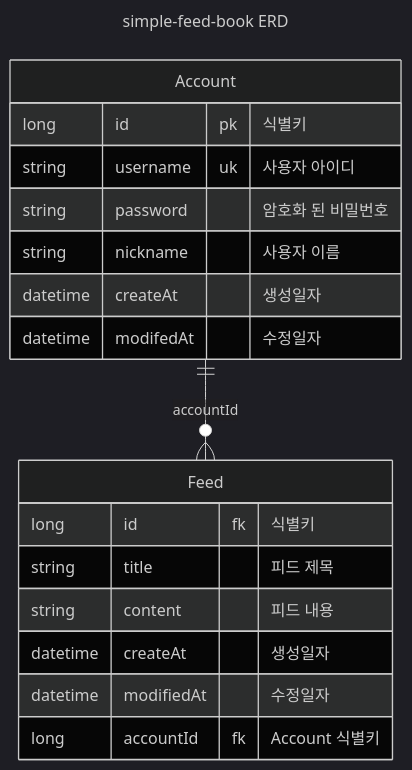
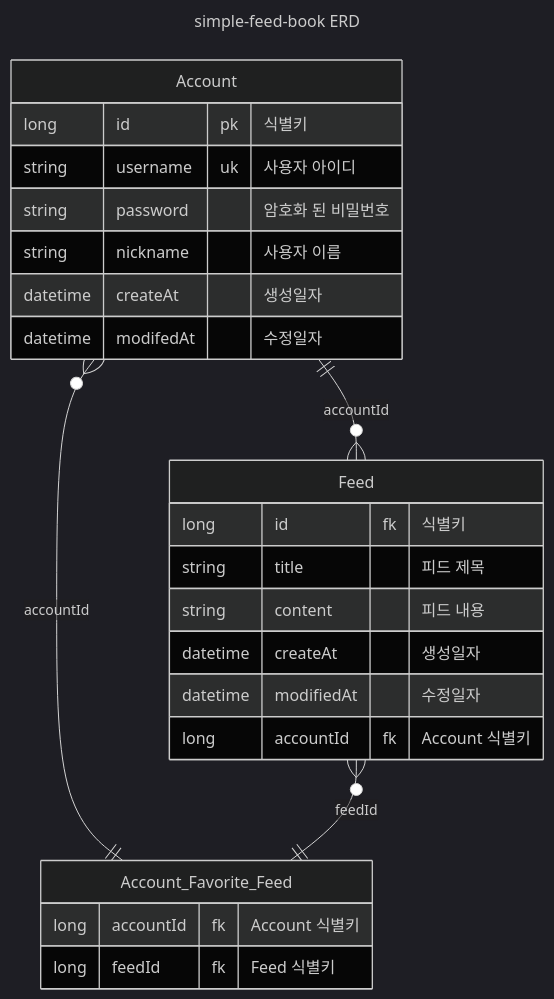
Before and after one commit to GuardJo/simple-feed-book: the tenth of 10 diagrams in README.md, drawn with Mermaid (dark theme). The commit also changed 1 other file, not shown here.

Commit message:
#32 피드 좋아요 관련 신규 스키마 구성
- 신규 테이블 스키마 구성에 따른 ERD 구성
- ERD 에 따른 스키마 추가

````diff
--- a/README.md
+++ b/README.md
@@ -213,24 +213,30 @@
 ```mermaid
 ---
 title : simple-feed-book ERD
 ---
 erDiagram
-Account {
-    long id pk "식별키"
-    string username uk "사용자 아이디"
-    string password "암호화 된 비밀번호"
-    string nickname "사용자 이름"
-    datetime createAt "생성일자"
-    datetime modifedAt "수정일자"
+  Account {
+long id pk "식별키"
+string username uk "사용자 아이디"
+string password "암호화 된 비밀번호"
+string nickname "사용자 이름"
+datetime createAt "생성일자"
+datetime modifedAt "수정일자"
 }
 Feed {
-    long id fk "식별키"
-    string title "피드 제목"
-    string content "피드 내용"
-    datetime createAt "생성일자"
-    datetime modifiedAt "수정일자"
-    long accountId fk "Account 식별키"
+long id fk "식별키"
+string title "피드 제목"
+string content "피드 내용"
+datetime createAt "생성일자"
+datetime modifiedAt "수정일자"
+long accountId fk "Account 식별키"
+}
+Account_Favorite_Feed {
+long accountId fk "Account 식별키"
+long feedId fk "Feed 식별키"
 }
 
 Account ||--o{ Feed : accountId
+Account o{--|| Account_Favorite_Feed : accountId
+Feed o{--|| Account_Favorite_Feed : feedId
 ```
````
